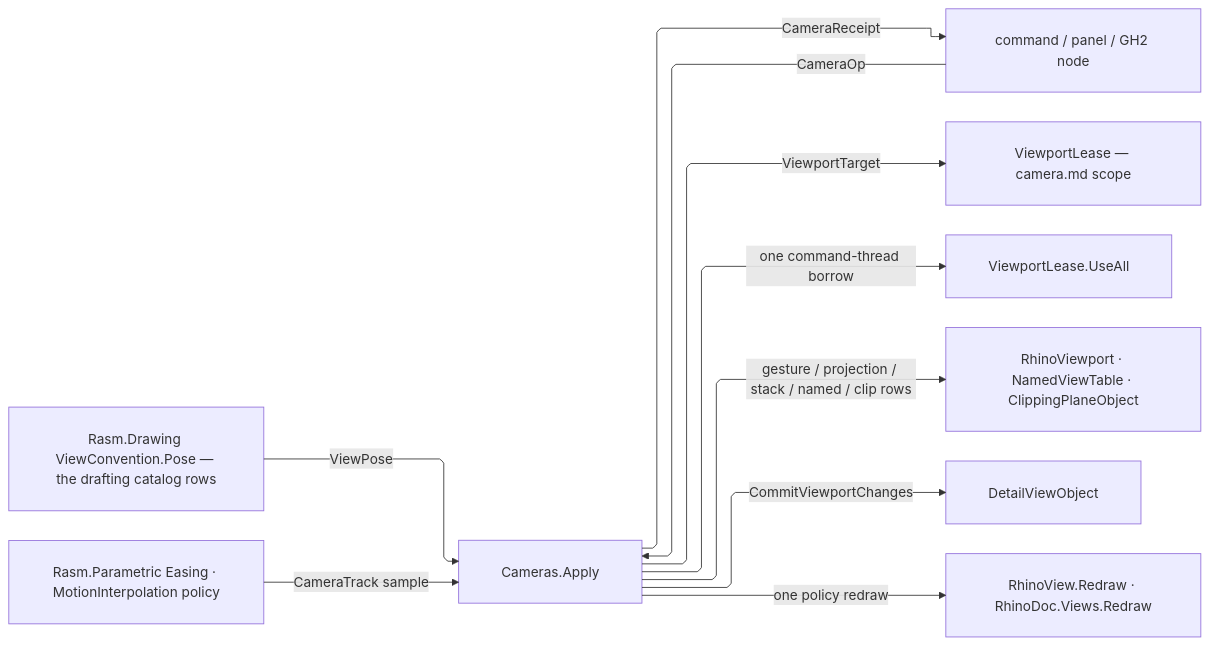
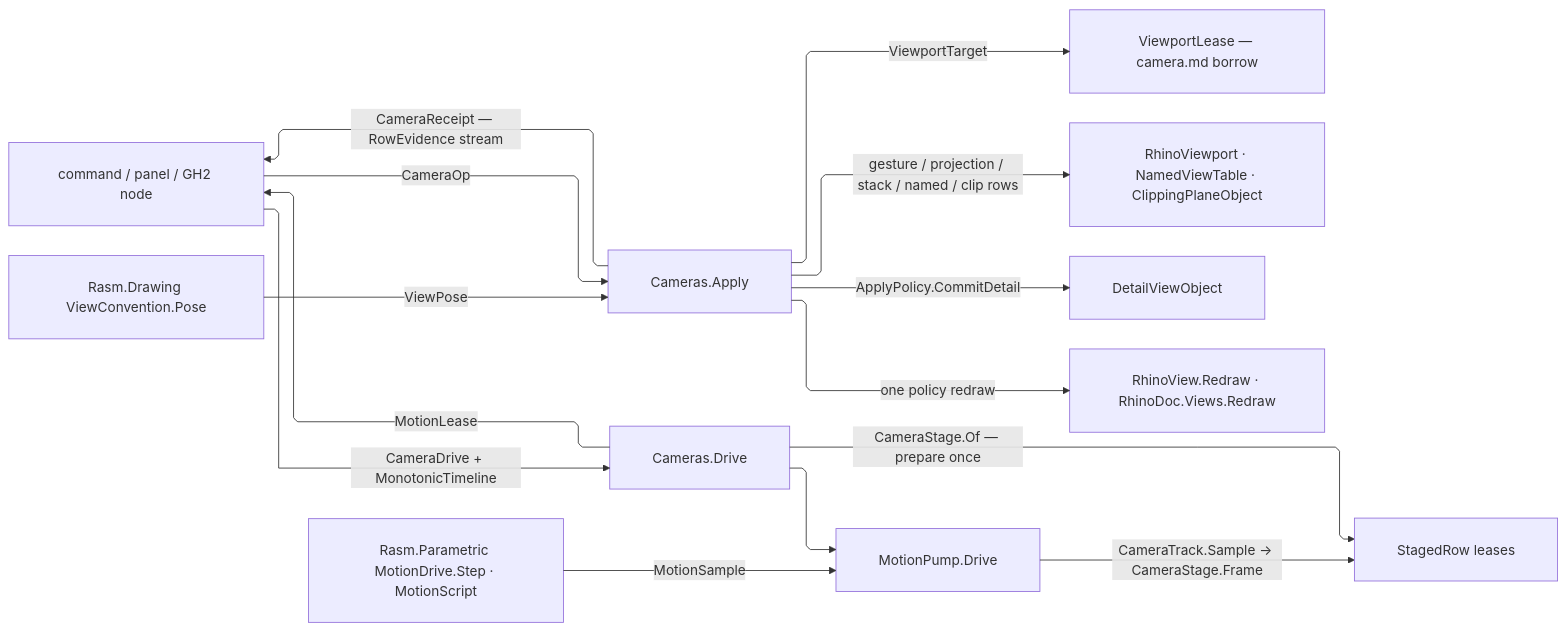
The diagram in libs/csharp/Rasm.Rhino/.planning/Viewport/operations.md (bsamiee/Rasm), drawn with Mermaid before and after one commit. The commit also changed other lines of this file and 818 other files, not shown here.

````diff
--- a/libs/csharp/Rasm.Rhino/.planning/Viewport/operations.md
+++ b/libs/csharp/Rasm.Rhino/.planning/Viewport/operations.md
@@ -879,21 +917,25 @@
 ```mermaid
 ---
 config:
   layout: elk
   flowchart:
     curve: linear
     padding: 25
 ---
 flowchart LR
     accTitle: Rhino camera operation rail
-    accDescr: Consumers issuing camera operations into one apply rail that borrows a viewport lease on the command thread, drafting poses and kernel motion samples entering as intent, and the rail landing gesture, projection, stack, named, and clip rows onto the host viewport, the detail view, and one policy redraw before returning a receipt.
+    accDescr: Two entries split by payload timing — a static apply that borrows a viewport lease, lands gesture, projection, stack, named, clip, and convention rows on the host viewport, commits detail changes, and returns one row-evidence receipt; and a paced drive that stages the rows once, samples the kernel motion drive, and returns the running motion lease.
     Consumer["command / panel / GH2 node"] -->|CameraOp| Rail["Cameras.Apply"]
-    Rail -->|ViewportTarget| Lease["ViewportLease — camera.md scope"]
-    Rail -->|one command-thread borrow| Host["ViewportLease.UseAll"]
-    Intent["Rasm.Drawing ViewConvention.Pose — the drafting catalog rows"] -->|ViewPose| Rail
-    Kernel["Rasm.Parametric Easing · MotionInterpolation policy"] -->|CameraTrack sample| Rail
-    Rail -->|gesture / projection / stack / named / clip rows| Viewport["RhinoViewport · NamedViewTable · ClippingPlaneObject"]
-    Rail -->|CommitViewportChanges| Detail["DetailViewObject"]
-    Rail -->|one policy redraw| Redraw["RhinoView.Redraw · RhinoDoc.Views.Redraw"]
-    Rail -->|CameraReceipt| Consumer
+    Consumer -->|"CameraDrive + MonotonicTimeline"| Paced["Cameras.Drive"]
+    Rail -->|ViewportTarget| Lease["ViewportLease — camera.md borrow"]
+    Intent["Rasm.Drawing ViewConvention.Pose"] -->|ViewPose| Rail
+    Rail -->|"gesture / projection / stack / named / clip rows"| Viewport["RhinoViewport · NamedViewTable · ClippingPlaneObject"]
+    Rail -->|"ApplyPolicy.CommitDetail"| Detail["DetailViewObject"]
+    Rail -->|"one policy redraw"| Redraw["RhinoView.Redraw · RhinoDoc.Views.Redraw"]
+    Rail -->|"CameraReceipt — RowEvidence stream"| Consumer
+    Paced -->|"CameraStage.Of — prepare once"| Staged["StagedRow leases"]
+    Kernel["Rasm.Parametric MotionDrive.Step · MotionScript"] -->|MotionSample| Pump["MotionPump.Drive"]
+    Paced --> Pump
+    Pump -->|"CameraTrack.Sample -> CameraStage.Frame"| Staged
+    Paced -->|MotionLease| Consumer
 ```
````
